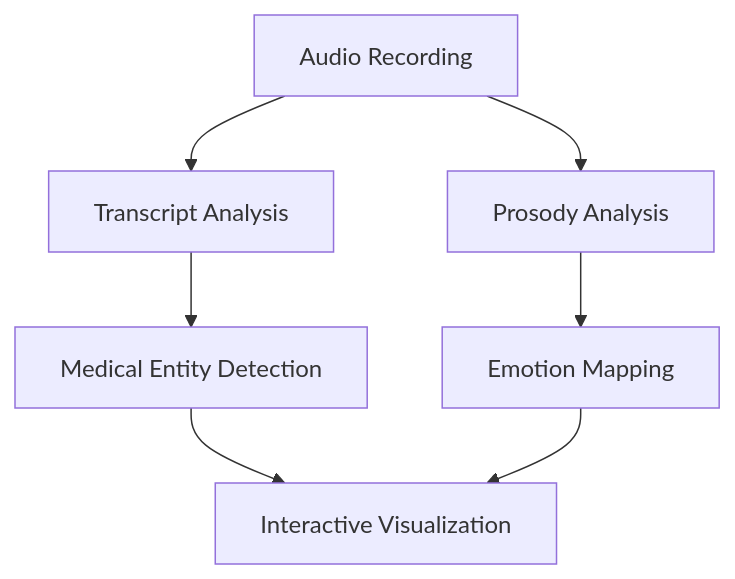
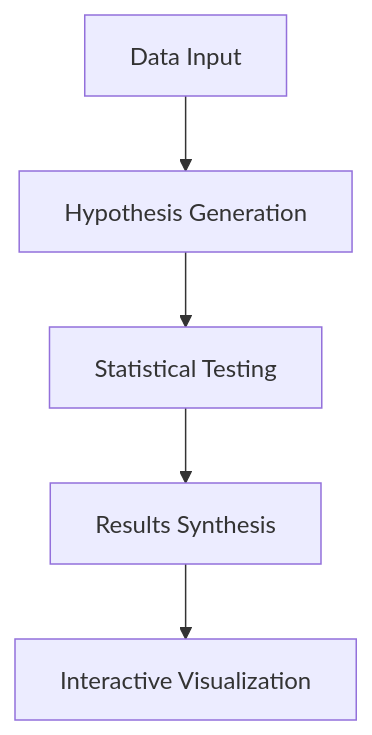
Before and after one commit to gramener/hypoforge: the diagram in README.md, drawn with Mermaid. The commit also changed other lines of this file, not shown here.

````diff
--- a/README.md
+++ b/README.md
@@ -9,9 +9,7 @@
 ```mermaid
 flowchart TD
-    A[Audio Recording] --> B[Transcript Analysis]
-    A --> C[Prosody Analysis]
-    B --> D[Medical Entity Detection]
-    C --> E[Emotion Mapping]
-    D --> F[Interactive Visualization]
-    E --> F
+    A[Data Input] --> B[Hypothesis Generation]
+    B --> C[Statistical Testing]
+    C --> D[Results Synthesis]
+    D --> E[Interactive Visualization]
 ```
````
